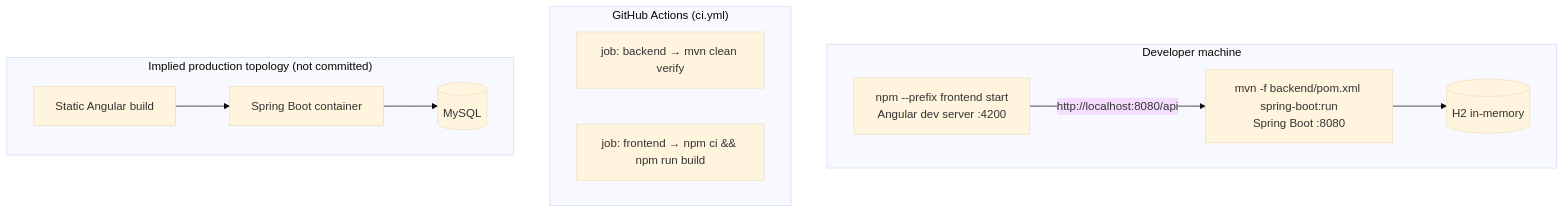
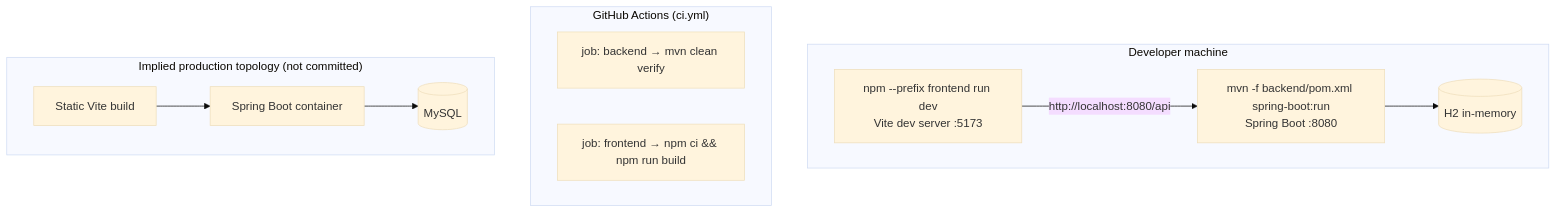
One commit to elel-m-b/CareerPilot changed the tenth of 12 diagrams in docs/ARCHITECTURE.md. Above: the diagram before and after it, drawn with Mermaid (base theme). The commit also changed other lines of this file and 173 other files, not shown here.

````diff
--- a/docs/ARCHITECTURE.md
+++ b/docs/ARCHITECTURE.md
@@ -517,22 +505,22 @@
 ```mermaid
 graph TD
     subgraph Dev["Developer machine"]
-        NPM["npm --prefix frontend start<br/>Angular dev server :4200"]
+        NPM["npm --prefix frontend run dev<br/>Vite dev server :5173"]
         MVN["mvn -f backend/pom.xml spring-boot:run<br/>Spring Boot :8080"]
         H2[("H2 in-memory")]
     end
     NPM -- "http://localhost:8080/api" --> MVN
     MVN --> H2
 
     subgraph CI["GitHub Actions (ci.yml)"]
         JB["job: backend → mvn clean verify"]
         JF["job: frontend → npm ci && npm run build"]
     end
 
     subgraph ProdTarget["Implied production topology (not committed)"]
-        FE["Static Angular build"]
+        FE["Static Vite build"]
         BE["Spring Boot container"]
         DB[("MySQL")]
         FE --> BE --> DB
     end
 ```
````
